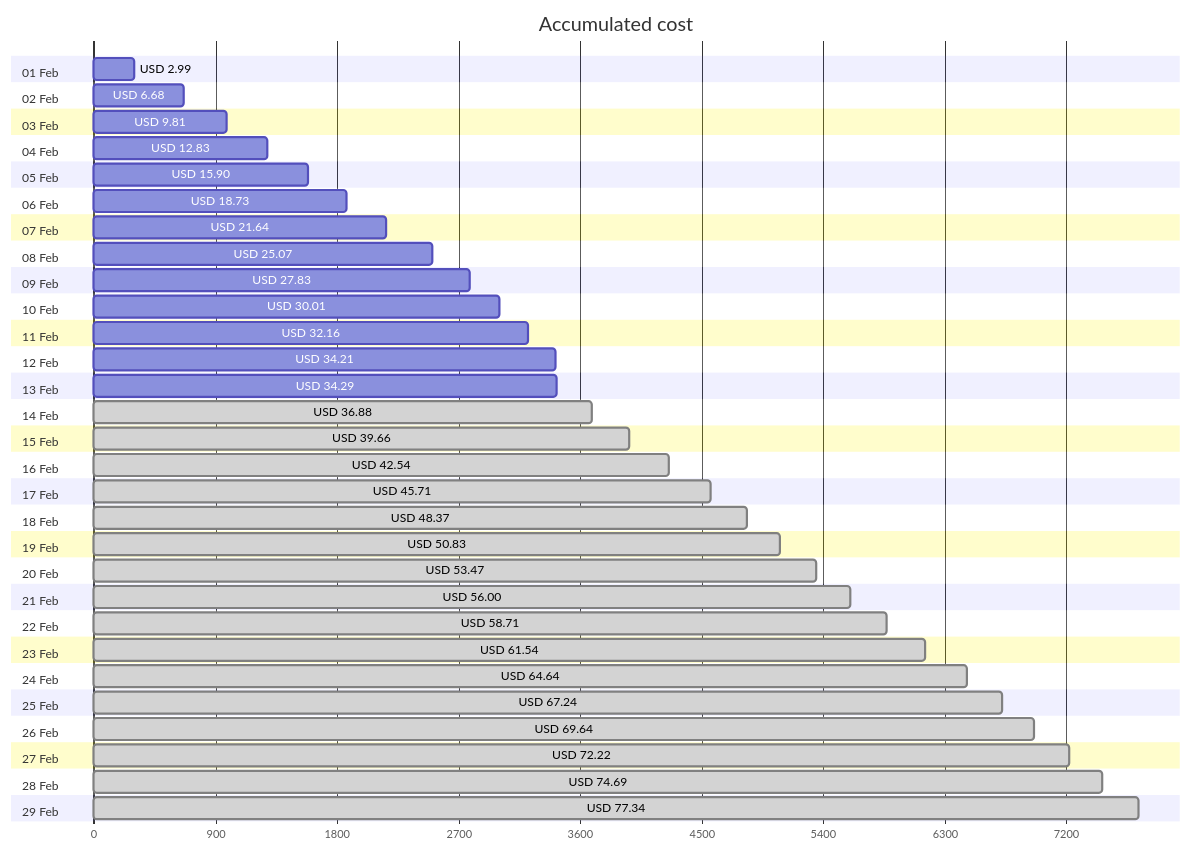
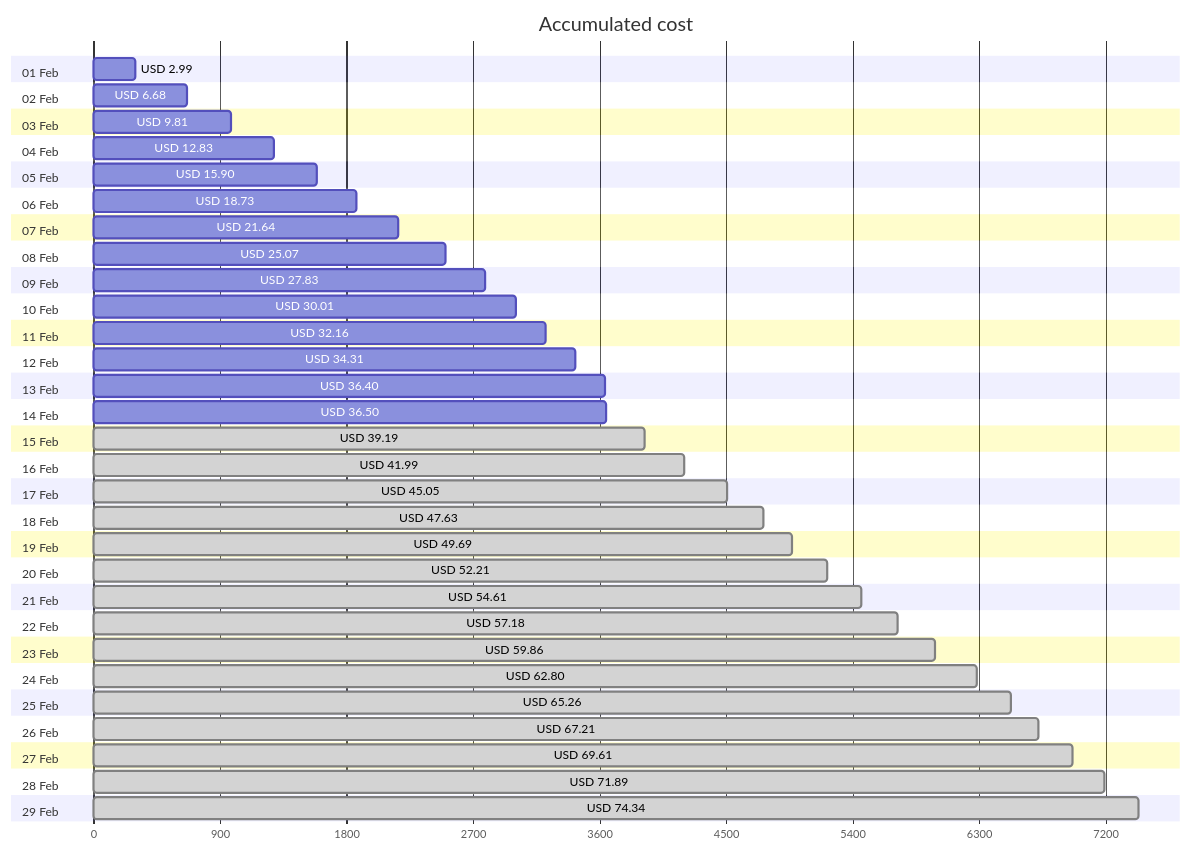
The first of 4 diagrams in cost-reports/accumulated-cost.md (jpfulton/azure-personal-reports), drawn with Mermaid before and after one commit. The commit also changed other lines of this file and 4 other files, not shown here.

````diff
--- a/cost-reports/accumulated-cost.md
+++ b/cost-reports/accumulated-cost.md
@@ -20,64 +20,64 @@
 ```mermaid
 gantt
    title Accumulated cost
    dateFormat  X
    axisFormat %s
    section 01 Feb
    USD 2.99 :0, 299
    section 02 Feb
    USD 6.68 :0, 668
    section 03 Feb
    USD 9.81 :0, 981
    section 04 Feb
    USD 12.83 :0, 1283
    section 05 Feb
    USD 15.90 :0, 1590
    section 06 Feb
    USD 18.73 :0, 1873
    section 07 Feb
    USD 21.64 :0, 2164
    section 08 Feb
    USD 25.07 :0, 2507
    section 09 Feb
    USD 27.83 :0, 2783
    section 10 Feb
    USD 30.01 :0, 3001
    section 11 Feb
    USD 32.16 :0, 3216
    section 12 Feb
-   USD 34.21 :0, 3421
+   USD 34.31 :0, 3431
    section 13 Feb
-   USD 34.29 :0, 3429
+   USD 36.40 :0, 3640
    section 14 Feb
-   USD 36.88 : done, 0, 3688
+   USD 36.50 :0, 3650
    section 15 Feb
-   USD 39.66 : done, 0, 3966
+   USD 39.19 : done, 0, 3919
    section 16 Feb
-   USD 42.54 : done, 0, 4254
+   USD 41.99 : done, 0, 4199
    section 17 Feb
-   USD 45.71 : done, 0, 4571
+   USD 45.05 : done, 0, 4505
    section 18 Feb
-   USD 48.37 : done, 0, 4837
+   USD 47.63 : done, 0, 4763
    section 19 Feb
-   USD 50.83 : done, 0, 5083
+   USD 49.69 : done, 0, 4969
    section 20 Feb
-   USD 53.47 : done, 0, 5347
+   USD 52.21 : done, 0, 5221
    section 21 Feb
-   USD 56.00 : done, 0, 5600
+   USD 54.61 : done, 0, 5461
    section 22 Feb
-   USD 58.71 : done, 0, 5871
+   USD 57.18 : done, 0, 5718
    section 23 Feb
-   USD 61.54 : done, 0, 6154
+   USD 59.86 : done, 0, 5986
    section 24 Feb
-   USD 64.64 : done, 0, 6464
+   USD 62.80 : done, 0, 6280
    section 25 Feb
-   USD 67.24 : done, 0, 6724
+   USD 65.26 : done, 0, 6526
    section 26 Feb
-   USD 69.64 : done, 0, 6964
+   USD 67.21 : done, 0, 6721
    section 27 Feb
-   USD 72.22 : done, 0, 7222
+   USD 69.61 : done, 0, 6961
    section 28 Feb
-   USD 74.69 : done, 0, 7469
+   USD 71.89 : done, 0, 7189
    section 29 Feb
-   USD 77.34 : done, 0, 7734
+   USD 74.34 : done, 0, 7434
 ```
````
